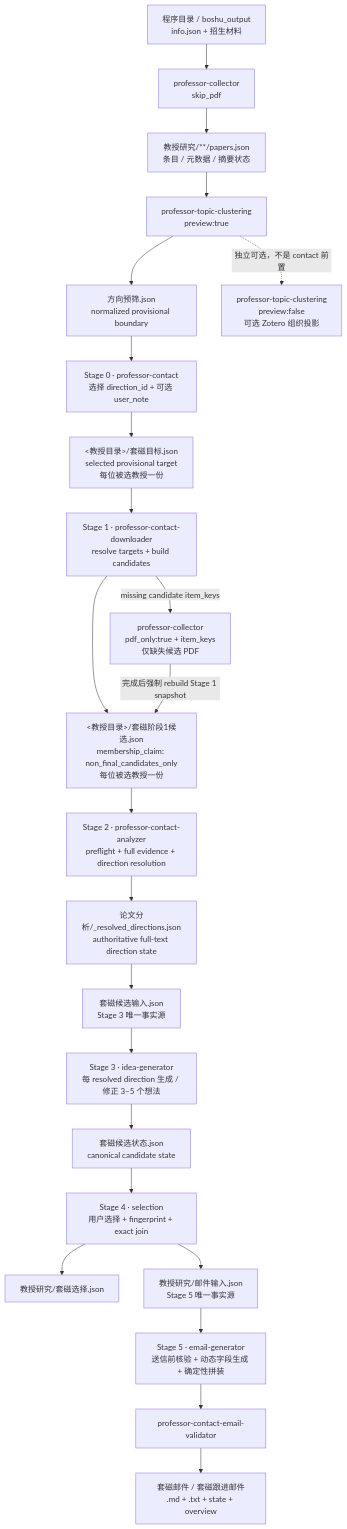
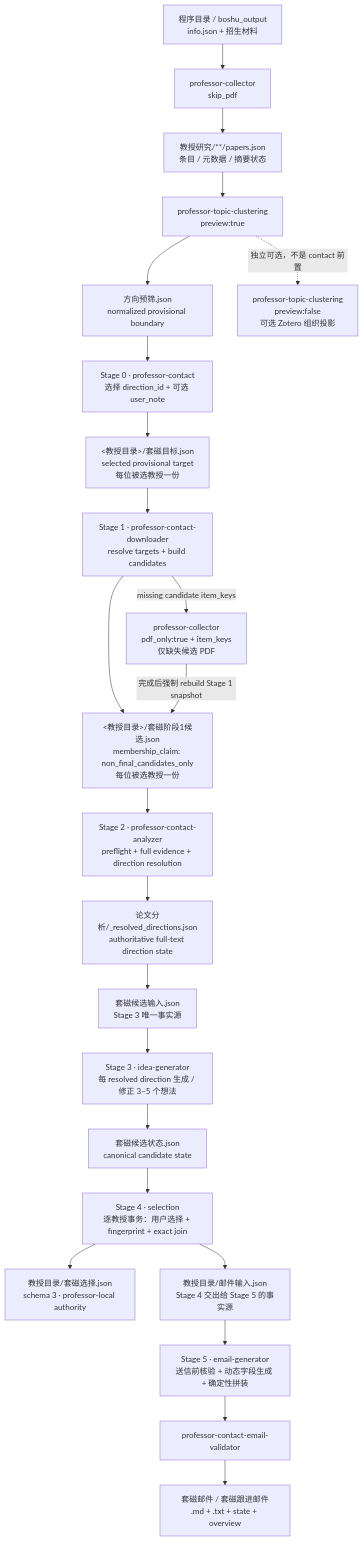
The first of 10 diagrams in .apm/skills/professor-contact/docs/workflow-reference.md (ScholarWorkflow/professor-contact), drawn with Mermaid before and after one commit. The commit also changed other lines of this file and 16 other files, not shown here.

````diff
--- a/.apm/skills/professor-contact/docs/workflow-reference.md
+++ b/.apm/skills/professor-contact/docs/workflow-reference.md
@@ -21,40 +21,40 @@
 ```mermaid
 flowchart TD
     BO["程序目录 / boshu_output<br/>info.json + 招生材料"]
     C0["professor-collector<br/>skip_pdf"]
     PAPERS["教授研究/**/papers.json<br/>条目 / 元数据 / 摘要状态"]
     PRE["professor-topic-clustering<br/>preview:true"]
     PJ["方向预筛.json<br/>normalized provisional boundary"]
 
     S0["Stage 0 · professor-contact<br/>选择 direction_id + 可选 user_note"]
     TARGET["<教授目录>/套磁目标.json<br/>selected provisional target<br/>每位被选教授一份"]
 
     S1["Stage 1 · professor-contact-downloader<br/>resolve targets + build candidates"]
     CAND["<教授目录>/套磁阶段1候选.json<br/>membership_claim: non_final_candidates_only<br/>每位被选教授一份"]
     FILL["professor-collector<br/>pdf_only:true + item_keys<br/>仅缺失候选 PDF"]
 
     S2["Stage 2 · professor-contact-analyzer<br/>preflight + full evidence + direction resolution"]
     RD["论文分析/_resolved_directions.json<br/>authoritative full-text direction state"]
     INPUT["套磁候选输入.json<br/>Stage 3 唯一事实源"]
 
     S3["Stage 3 · idea-generator<br/>每 resolved direction 生成 / 修正 3–5 个想法"]
     STATE3["套磁候选状态.json<br/>canonical candidate state"]
 
-    S4["Stage 4 · selection<br/>用户选择 + fingerprint + exact join"]
-    SEL["教授研究/套磁选择.json"]
-    MAIL["教授研究/邮件输入.json<br/>Stage 5 唯一事实源"]
+    S4["Stage 4 · selection<br/>逐教授事务：用户选择 + fingerprint + exact join"]
+    SEL["教授目录/套磁选择.json<br/>schema 3 · professor-local authority"]
+    MAIL["教授目录/邮件输入.json<br/>Stage 4 交出给 Stage 5 的事实源"]
 
     S5["Stage 5 · email-generator<br/>送信前核验 + 动态字段生成 + 确定性拼装"]
     VAL["professor-contact-email-validator"]
     OUT["套磁邮件 / 套磁跟进邮件<br/>.md + .txt + state + overview"]
 
     FORMAL["professor-topic-clustering<br/>preview:false<br/>可选 Zotero 组织投影"]
 
     BO --> C0 --> PAPERS --> PRE --> PJ --> S0 --> TARGET --> S1 --> CAND
     S1 -->|"missing candidate item_keys"| FILL
     FILL -->|"完成后强制 rebuild Stage 1 snapshot"| CAND
     CAND --> S2 --> RD --> INPUT --> S3 --> STATE3 --> S4
     S4 --> SEL
     S4 --> MAIL --> S5 --> VAL --> OUT
     PRE -.->|"独立可选，不是 contact 前置"| FORMAL
 ```
````
